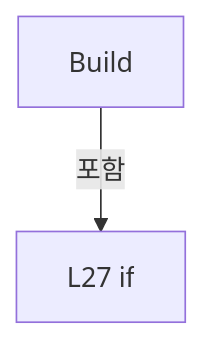
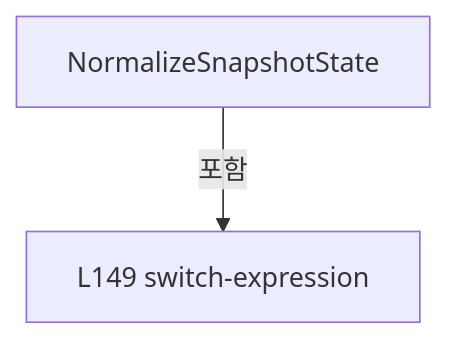
Before and after one commit to kjuws10-rgb/Shared: the third of 3 diagrams in A3 LD Code Ref/files/Drilling.UI/Menu/Menus/CMenuPm.cs.md, drawn with Mermaid. The commit also changed other lines of this file and 2071 other files, not shown here.

Commit message:
docs(a3): update 11.19.0 architecture and code reference

````diff
--- a/A3 LD Code Ref/files/Drilling.UI/Menu/Menus/CMenuPm.cs.md
+++ b/A3 LD Code Ref/files/Drilling.UI/Menu/Menus/CMenuPm.cs.md
@@ -319,6 +1034,6 @@
 ```mermaid
 flowchart TD
- M["Build"]
- N0["L27 if"]
+ M["NormalizeSnapshotState"]
+ N0["L149 switch-expression"]
  M -->|포함| N0
 ```
````
